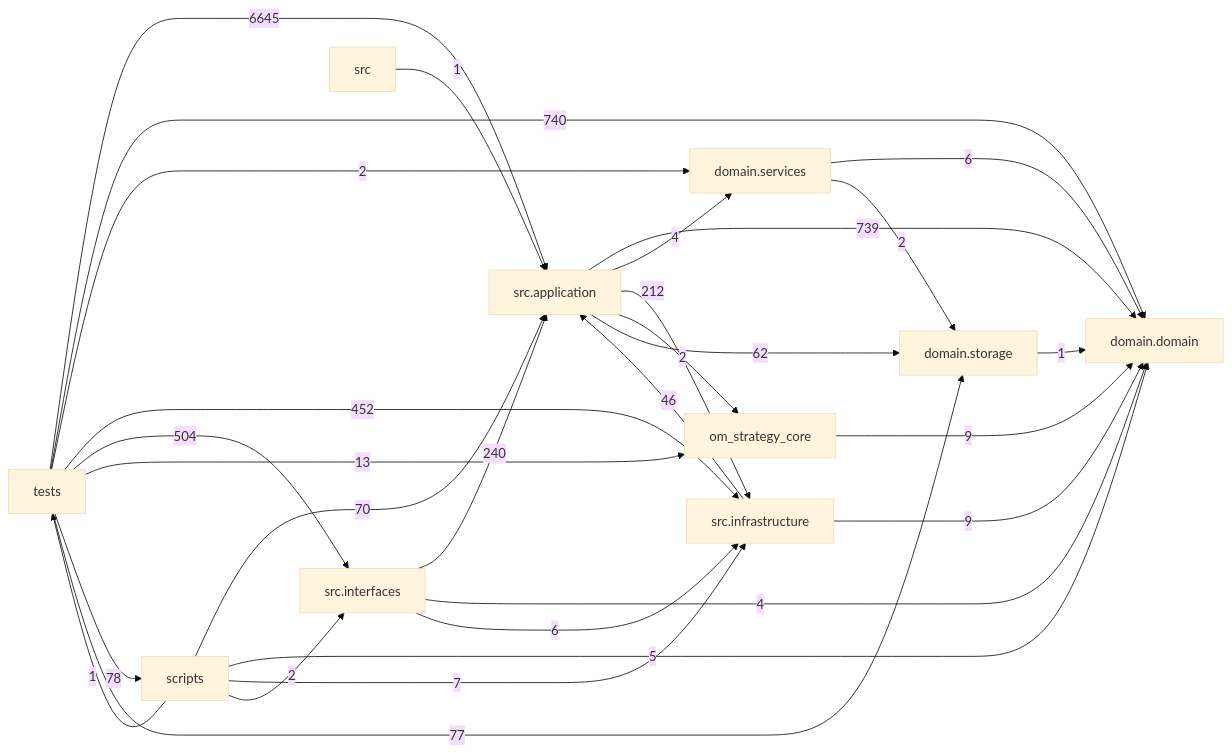
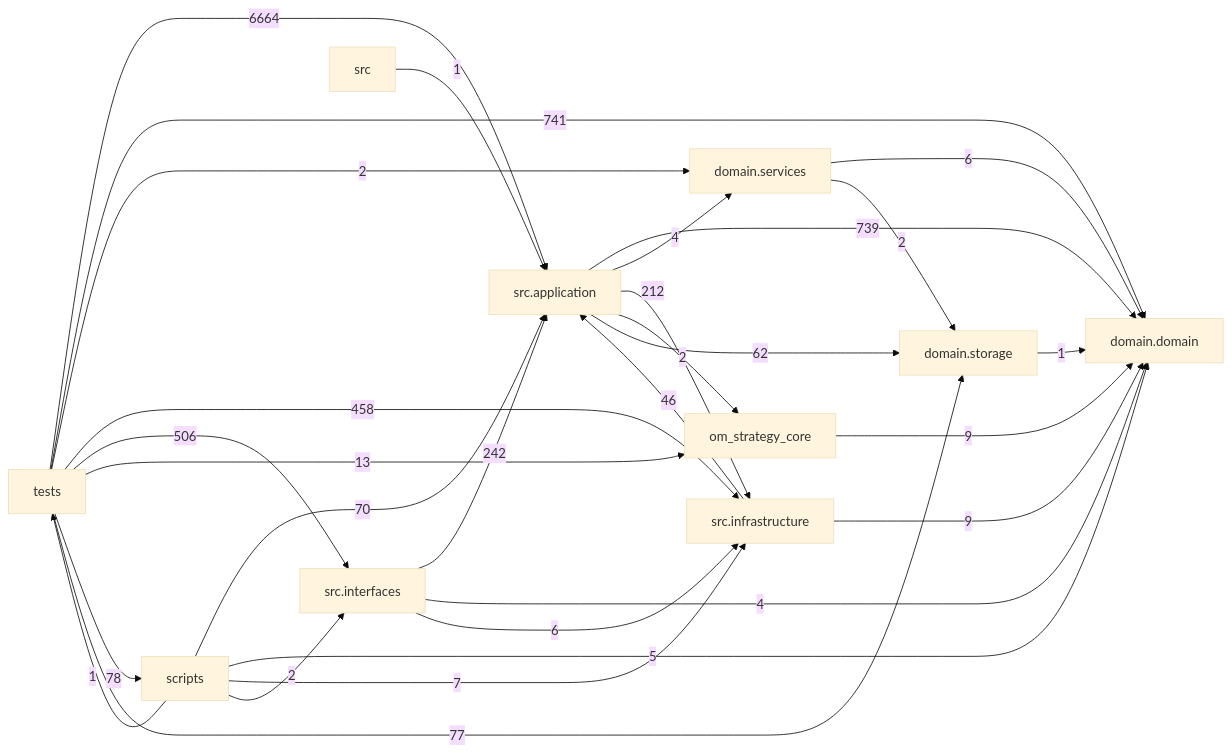
The diagram in docs/DEPENDENCY_GRAPH.md (liuxie066/options-monitor), drawn with Mermaid (base theme) before and after one commit. The commit also changed other lines of this file and 58 other files, not shown here.

````diff
--- a/docs/DEPENDENCY_GRAPH.md
+++ b/docs/DEPENDENCY_GRAPH.md
@@ -24,39 +24,39 @@
 ```mermaid
 flowchart LR
   tests["tests"]
   scripts["scripts"]
   interfaces["src.interfaces"]
   application["src.application"]
   infrastructure["src.infrastructure"]
   domain_services["domain.services"]
   domain["domain.domain"]
   storage["domain.storage"]
   application -->|739| domain
   application -->|4| domain_services
   application -->|212| infrastructure
   application -->|2| om_strategy_core
   application -->|62| storage
   domain_services -->|6| domain
   domain_services -->|2| storage
   infrastructure -->|46| application
   infrastructure -->|9| domain
-  interfaces -->|240| application
+  interfaces -->|242| application
   interfaces -->|4| domain
   interfaces -->|6| infrastructure
   om_strategy_core -->|9| domain
   scripts -->|70| application
   scripts -->|5| domain
   scripts -->|7| infrastructure
   scripts -->|2| interfaces
   scripts -->|1| tests
   src -->|1| application
   storage -->|1| domain
-  tests -->|6645| application
-  tests -->|740| domain
+  tests -->|6664| application
+  tests -->|741| domain
   tests -->|2| domain_services
-  tests -->|452| infrastructure
-  tests -->|504| interfaces
+  tests -->|458| infrastructure
+  tests -->|506| interfaces
   tests -->|13| om_strategy_core
   tests -->|78| scripts
   tests -->|77| storage
 ```
````
